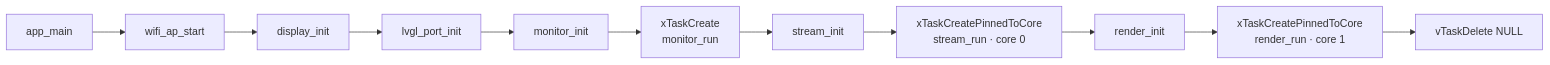
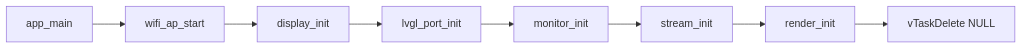
One commit to LINTECH-CHAS-ACADEMY-SUVX25/Scout changed the first of 2 diagrams in docs/scout_screen_flow.md. Above: the diagram before and after it, drawn with Mermaid.

````diff
--- a/docs/scout_screen_flow.md
+++ b/docs/scout_screen_flow.md
@@ -8,13 +8,10 @@
 ```mermaid
 flowchart LR
     A[app_main] --> B[wifi_ap_start]
     B --> C[display_init]
     C --> D[lvgl_port_init]
     D --> E[monitor_init]
-    E --> F["xTaskCreate\nmonitor_run"]
-    F --> G[stream_init]
-    G --> H["xTaskCreatePinnedToCore\nstream_run · core 0"]
-    H --> I[render_init]
-    I --> J["xTaskCreatePinnedToCore\nrender_run · core 1"]
-    J --> K[vTaskDelete NULL]
+    E --> F[stream_init]
+    F --> G[render_init]
+    G --> H[vTaskDelete NULL]
 ```
````
